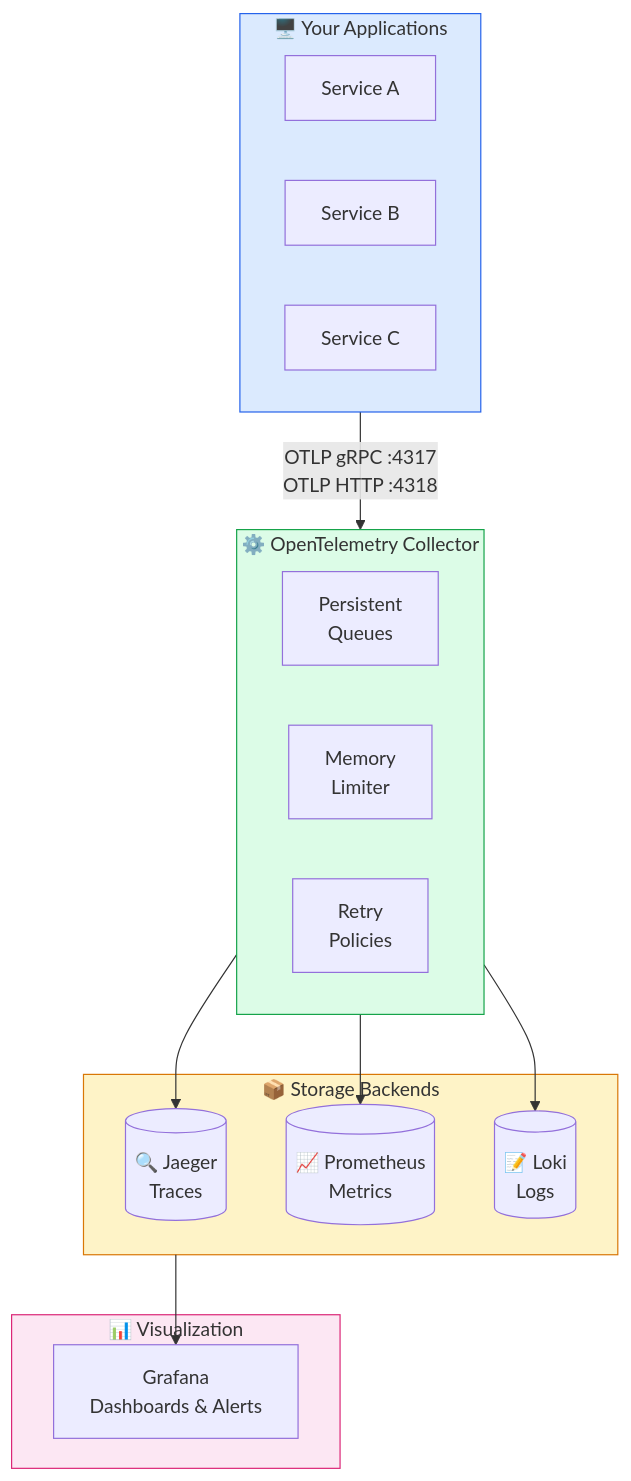
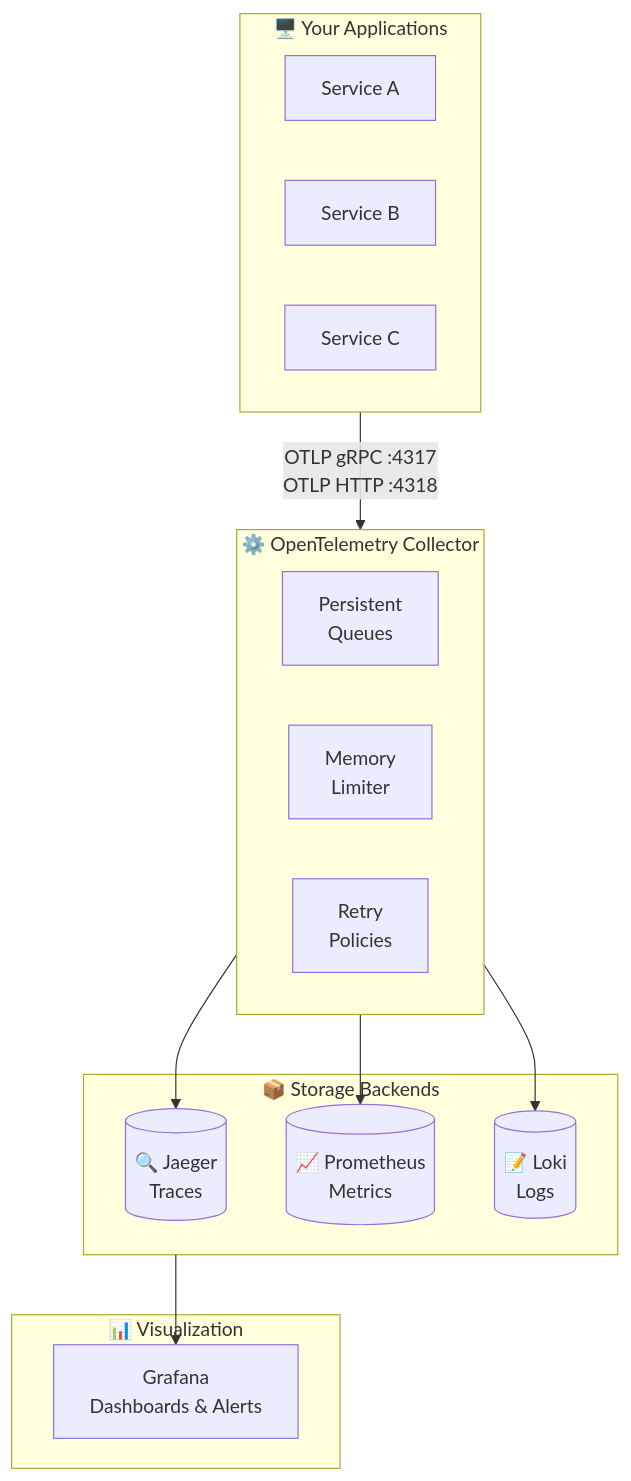
Before and after one commit to shivam-g-mishra/blog: the first of 5 diagrams in docs/observability/single-node-setup.md, drawn with Mermaid. The commit also changed other lines of this file and 23 other files, not shown here.

First line of the commit message:
fix: improve Mermaid diagram visibility in dark mode

````diff
--- a/docs/observability/single-node-setup.md
+++ b/docs/observability/single-node-setup.md
@@ -55,38 +55,33 @@
 ```mermaid
 flowchart TB
     subgraph apps["🖥️ Your Applications"]
         app1[Service A]
         app2[Service B]
         app3[Service C]
     end
     
     apps -->|"OTLP gRPC :4317<br/>OTLP HTTP :4318"| collector
     
     subgraph collector["⚙️ OpenTelemetry Collector"]
         direction LR
         pq[Persistent<br/>Queues]
         ml[Memory<br/>Limiter]
         rp[Retry<br/>Policies]
     end
     
     collector --> jaeger
     collector --> prometheus
     collector --> loki
     
     subgraph storage["📦 Storage Backends"]
         jaeger[("🔍 Jaeger<br/>Traces")]
         prometheus[("📈 Prometheus<br/>Metrics")]
         loki[("📝 Loki<br/>Logs")]
     end
     
     storage --> grafana
     
     subgraph viz["📊 Visualization"]
         grafana[Grafana<br/>Dashboards & Alerts]
     end
-    
-    style apps fill:#dbeafe,stroke:#2563eb
-    style collector fill:#dcfce7,stroke:#16a34a
-    style storage fill:#fef3c7,stroke:#d97706
-    style viz fill:#fce7f3,stroke:#db2777
 ```
````
